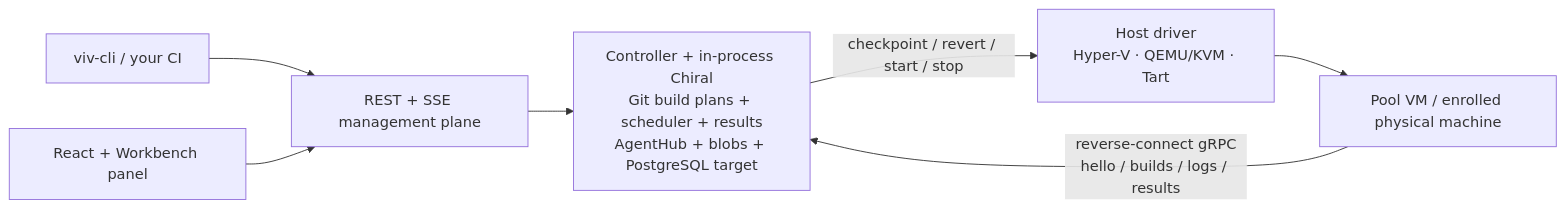
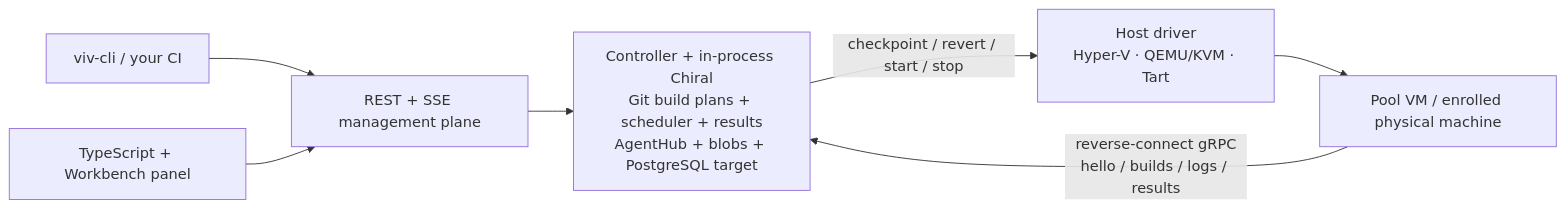
The diagram in README.md (iXab3r/Vivarium), drawn with Mermaid before and after one commit. The commit also changed other lines of this file and 32 other files, not shown here.

````diff
--- a/README.md
+++ b/README.md
@@ -45,10 +48,10 @@
 ```mermaid
 flowchart LR
     CLI["viv-cli / your CI"] --> REST
-    UI["React + Workbench panel"] --> REST
+    UI["TypeScript + Workbench panel"] --> REST
     REST["REST + SSE management plane"] --> C
     C["Controller + in-process Chiral<br/>Git build plans + scheduler + results<br/>AgentHub + blobs + PostgreSQL target"]
     C -- "checkpoint / revert / start / stop" --> D["Host driver<br/>Hyper-V · QEMU/KVM · Tart"]
     D --> VM["Pool VM / enrolled physical machine"]
     VM -- "reverse-connect gRPC<br/>hello / builds / logs / results" --> C
 ```
````
